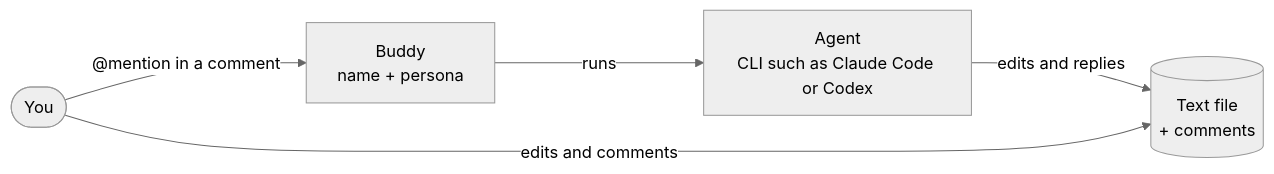
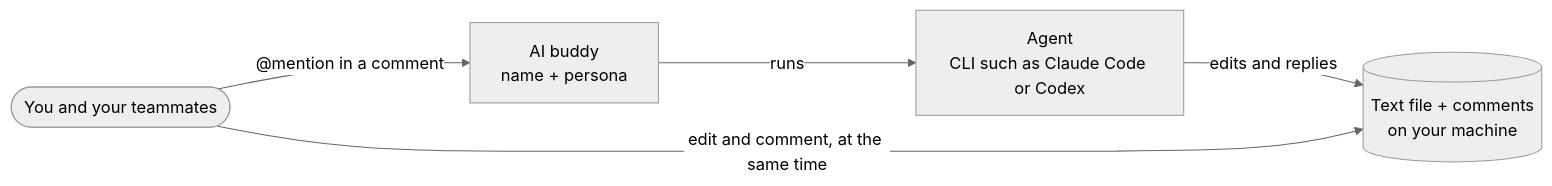
Before and after one commit to fanzhangg/open-doc: the diagram in docs/product-vision.md, drawn with Mermaid (neutral theme). The commit also changed other lines of this file and 41 other files, not shown here.

````diff
--- a/docs/product-vision.md
+++ b/docs/product-vision.md
@@ -18,7 +18,7 @@
 ```mermaid
 flowchart LR
-    You([You]) -- "@mention in a comment" --> Buddy["Buddy<br/>name + persona"]
+    People([You and your teammates]) -- "@mention in a comment" --> Buddy["AI buddy<br/>name + persona"]
     Buddy -- "runs" --> Agent["Agent<br/>CLI such as Claude Code or Codex"]
-    Agent -- "edits and replies" --> Doc[("Text file<br/>+ comments")]
-    You -- "edits and comments" --> Doc
+    Agent -- "edits and replies" --> Doc[("Text file + comments<br/>on your machine")]
+    People -- "edit and comment, at the same time" --> Doc
 ```
````
